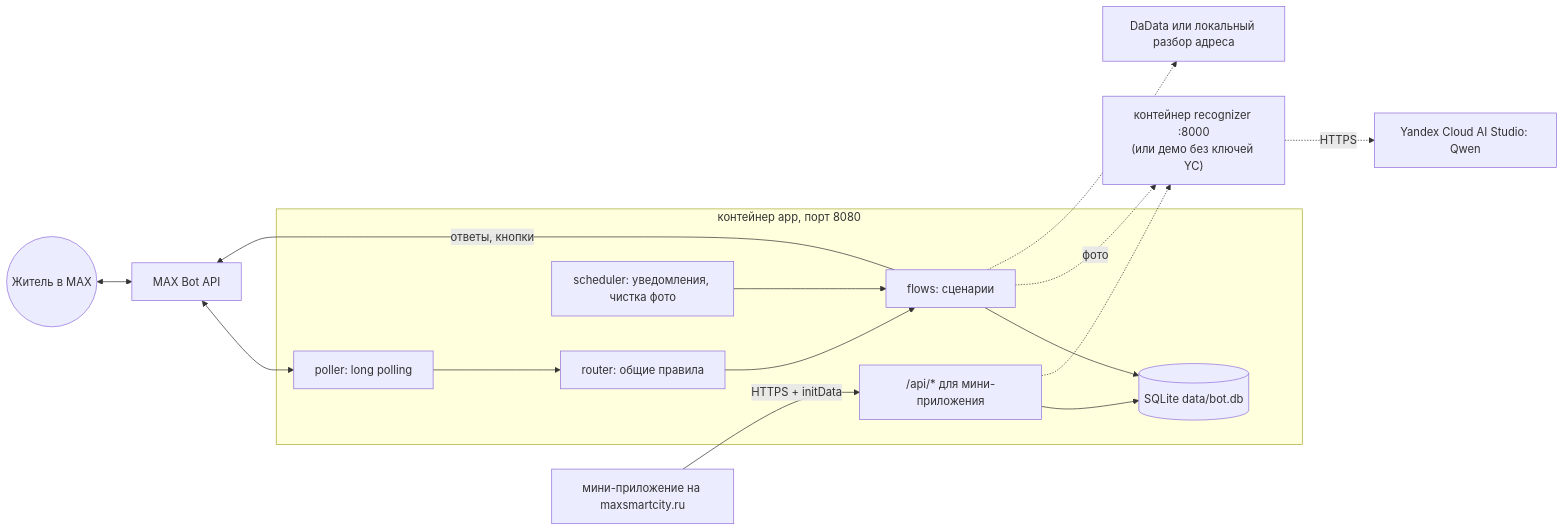
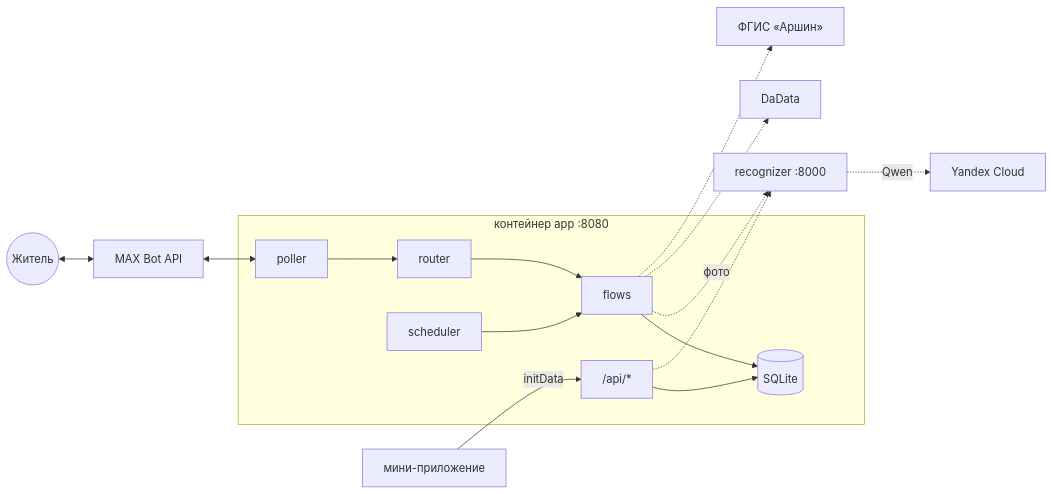
Before and after one commit to alpha7en/max-smart-city-webapp: the diagram in README.md, drawn with Mermaid. The commit also changed other lines of this file and 20 other files, not shown here.

````diff
--- a/README.md
+++ b/README.md
@@ -36,18 +113,17 @@
 ```mermaid
 flowchart LR
-  U((Житель в MAX)) <--> MAX[MAX Bot API]
-  subgraph app["контейнер app, порт 8080"]
-    P[poller: long polling] --> R[router: общие правила] --> F[flows: сценарии]
-    S[scheduler: уведомления, чистка фото] --> F
-    API["/api/* для мини-приложения"]
-    F --> DB[("SQLite data/bot.db")]
+  U((Житель)) <--> MAX[MAX Bot API]
+  subgraph app["контейнер app :8080"]
+    P[poller] --> R[router] --> F[flows]
+    S[scheduler] --> F
+    API["/api/*"]
+    F --> DB[(SQLite)]
     API --> DB
   end
   MAX <--> P
-  F -- ответы, кнопки --> MAX
-  MA[мини-приложение на maxsmartcity.ru] -- HTTPS + initData --> API
-  F -. фото .-> REC["контейнер recognizer :8000<br/>(или демо без ключей YC)"]
+  MA[мини-приложение] -- initData --> API
+  F -. фото .-> REC[recognizer :8000] -. Qwen .-> YC[Yandex Cloud]
   API -.-> REC
-  REC -. HTTPS .-> YC[Yandex Cloud AI Studio: Qwen]
-  F -.-> DD[DaData или локальный разбор адреса]
+  F -.-> DD[DaData]
+  F -.-> FG[ФГИС «Аршин»]
 ```
````
